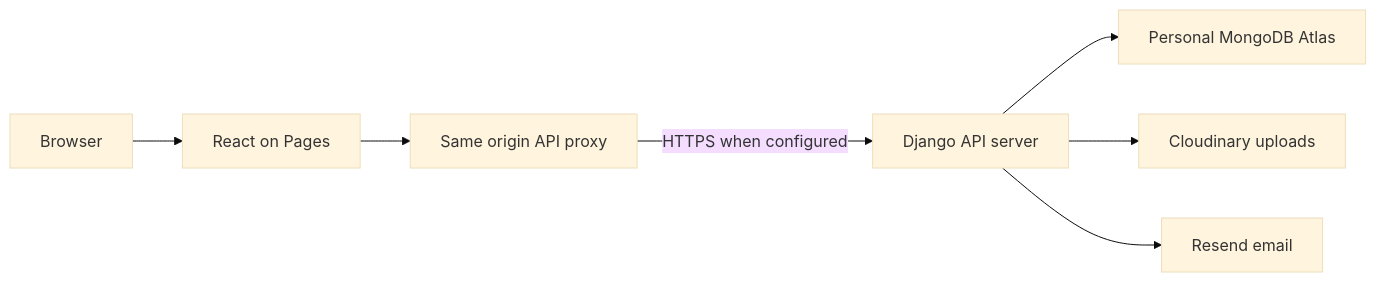
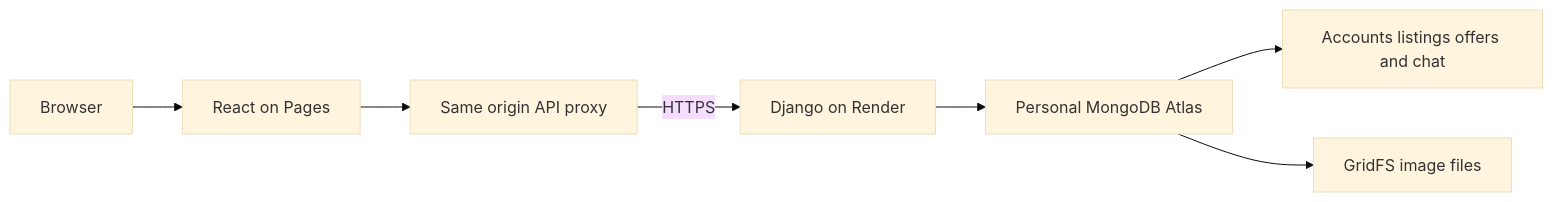
The diagram in docs/CLOUDFLARE_DEPLOYMENT.md (Aikansh-Official/django_marketplace), drawn with Mermaid (base theme) before and after one commit. The commit also changed other lines of this file and 5 other files, not shown here.

````diff
--- a/docs/CLOUDFLARE_DEPLOYMENT.md
+++ b/docs/CLOUDFLARE_DEPLOYMENT.md
@@ -26,9 +34,9 @@
 ```mermaid
 flowchart LR
     Browser --> Pages[React on Pages]
     Pages --> Proxy[Same origin API proxy]
-    Proxy -->|HTTPS when configured| Django[Django API server]
+    Proxy -->|HTTPS| Django[Django on Render]
     Django --> Atlas[Personal MongoDB Atlas]
-    Django --> Images[Cloudinary uploads]
-    Django --> Email[Resend email]
+    Atlas --> Records[Accounts listings offers and chat]
+    Atlas --> Images[GridFS image files]
 ```
````
